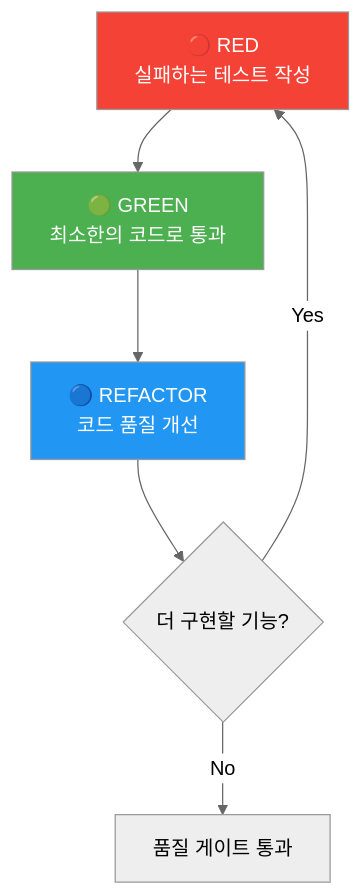
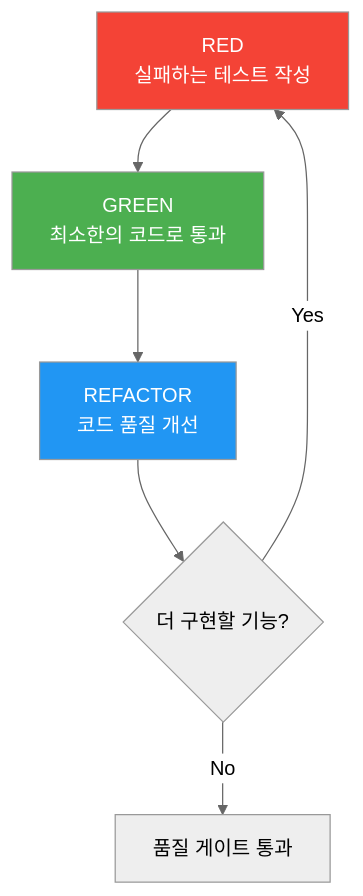
Before and after one commit to modu-ai/moai-adk: the fourth of 9 diagrams in docs-site/content/ko/getting-started/quickstart.md, drawn with Mermaid (neutral theme). The commit also changed other lines of this file and 395 other files, not shown here.

````diff
--- a/docs-site/content/ko/getting-started/quickstart.md
+++ b/docs-site/content/ko/getting-started/quickstart.md
@@ -156,11 +156,11 @@
 ```mermaid
 flowchart TD
-    A["🔴 RED<br/>실패하는 테스트 작성"] --> B["🟢 GREEN<br/>최소한의 코드로 통과"]
-    B --> C["🔵 REFACTOR<br/>코드 품질 개선"]
+    A["RED<br/>실패하는 테스트 작성"] --> B["GREEN<br/>최소한의 코드로 통과"]
+    B --> C["REFACTOR<br/>코드 품질 개선"]
     C --> D{"더 구현할 기능?"}
     D -->|Yes| A
     D -->|No| E["품질 게이트 통과"]
     style A fill:#f44336,color:#fff
     style B fill:#4CAF50,color:#fff
     style C fill:#2196F3,color:#fff
 ```
````
